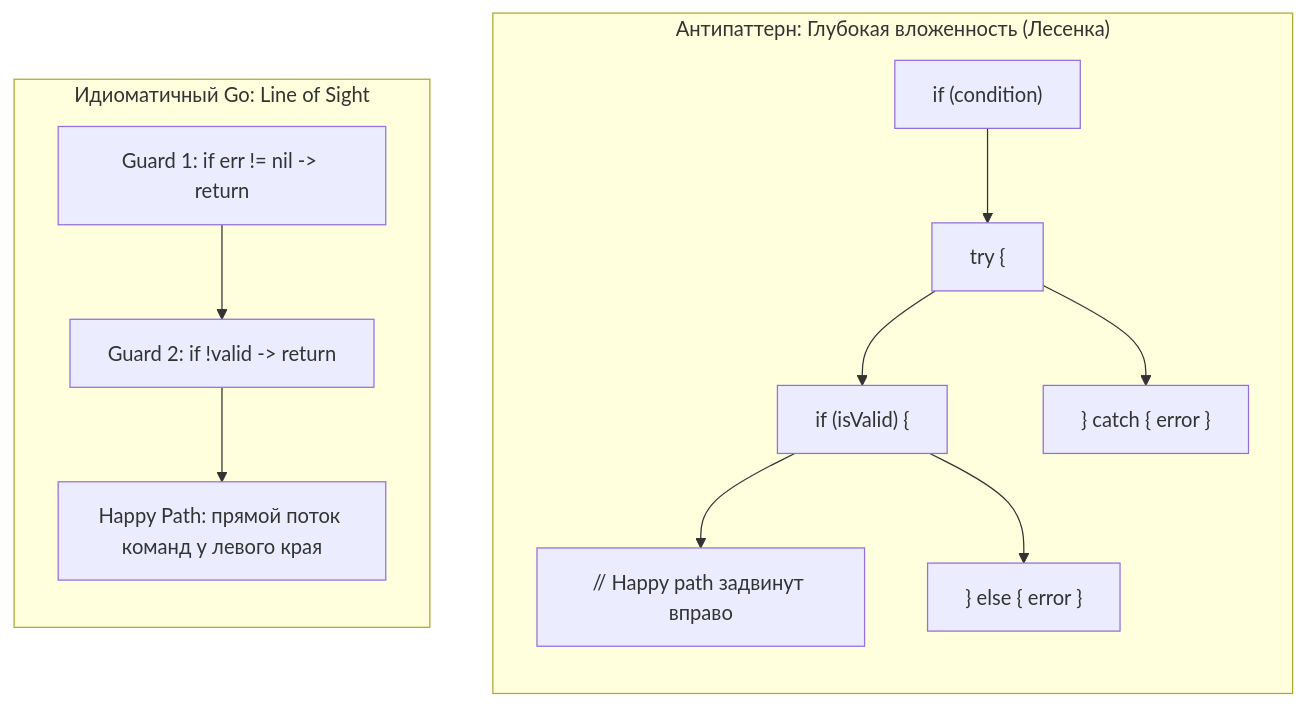
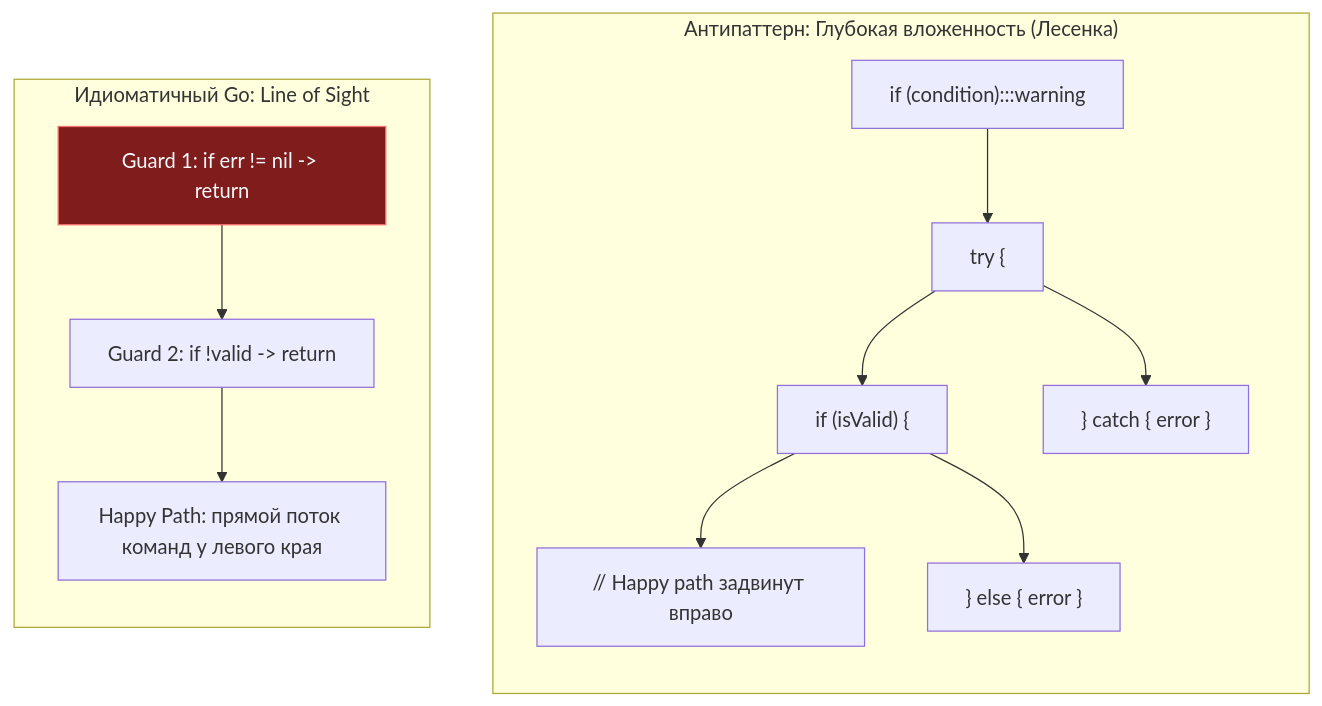
Before and after one commit to UnrealTemplier/go-textbook: the first of 2 diagrams in sources/4. История и философия Go/6. Idiomatic Go. Что значит писать по-goшному.md, drawn with Mermaid. The commit also changed other lines of this file and 1666 other files, not shown here.

First line of the commit message:
feat(mermaid): add semantic color classDef to 1369 colorless flowchart/graph diagrams

````diff
--- a/sources/4. История и философия Go/6. Idiomatic Go. Что значит писать по-goшному.md
+++ b/sources/4. История и философия Go/6. Idiomatic Go. Что значит писать по-goшному.md
@@ -22,17 +22,27 @@
 ```mermaid
 flowchart TD
+    classDef process  fill:#1e293b,stroke:#38bdf8,stroke-width:1px,color:#f8fafc
+    classDef success  fill:#064e3b,stroke:#34d399,stroke-width:1px,color:#f8fafc
+    classDef error    fill:#7f1d1d,stroke:#f87171,stroke-width:1px,color:#f8fafc
+    classDef warning  fill:#78350f,stroke:#fbbf24,stroke-width:1px,color:#f8fafc
+    classDef entry    fill:#1e3a5f,stroke:#38bdf8,stroke-width:2px,color:#f8fafc
+    classDef aux      fill:#334155,stroke:#64748b,stroke-width:1px,color:#f8fafc
+    classDef system   fill:#312e81,stroke:#a78bfa,stroke-width:1px,color:#f8fafc
+    classDef data     fill:#132d29,stroke:#2dd4bf,stroke-width:1px,color:#f8fafc
+    classDef network  fill:#881337,stroke:#fb7185,stroke-width:1px,color:#f8fafc
+    classDef accent   fill:#1e1b4b,stroke:#818cf8,stroke-width:1px,color:#f8fafc
     subgraph Arrowhead["Антипаттерн: Глубокая вложенность (Лесенка)"]
         direction TB
-        A["if (condition)"] --> B["  try {"]
+        A["if (condition):::warning"] --> B["  try {"]
         B --> C["    if (isValid) {"]
         C --> D["      // Happy path задвинут вправо"]
         C --> E["    } else { error }"]
         B --> F["  } catch { error }"]
     end
 
     subgraph LineOfSight["Идиоматичный Go: Line of Sight"]
         direction TB
-        G["Guard 1: if err != nil -> return"] --> H["Guard 2: if !valid -> return"]
+        G["Guard 1: if err != nil -> return"]:::error --> H["Guard 2: if !valid -> return"]
         H --> I["Happy Path: прямой поток команд у левого края"]
     end
 ```
````
